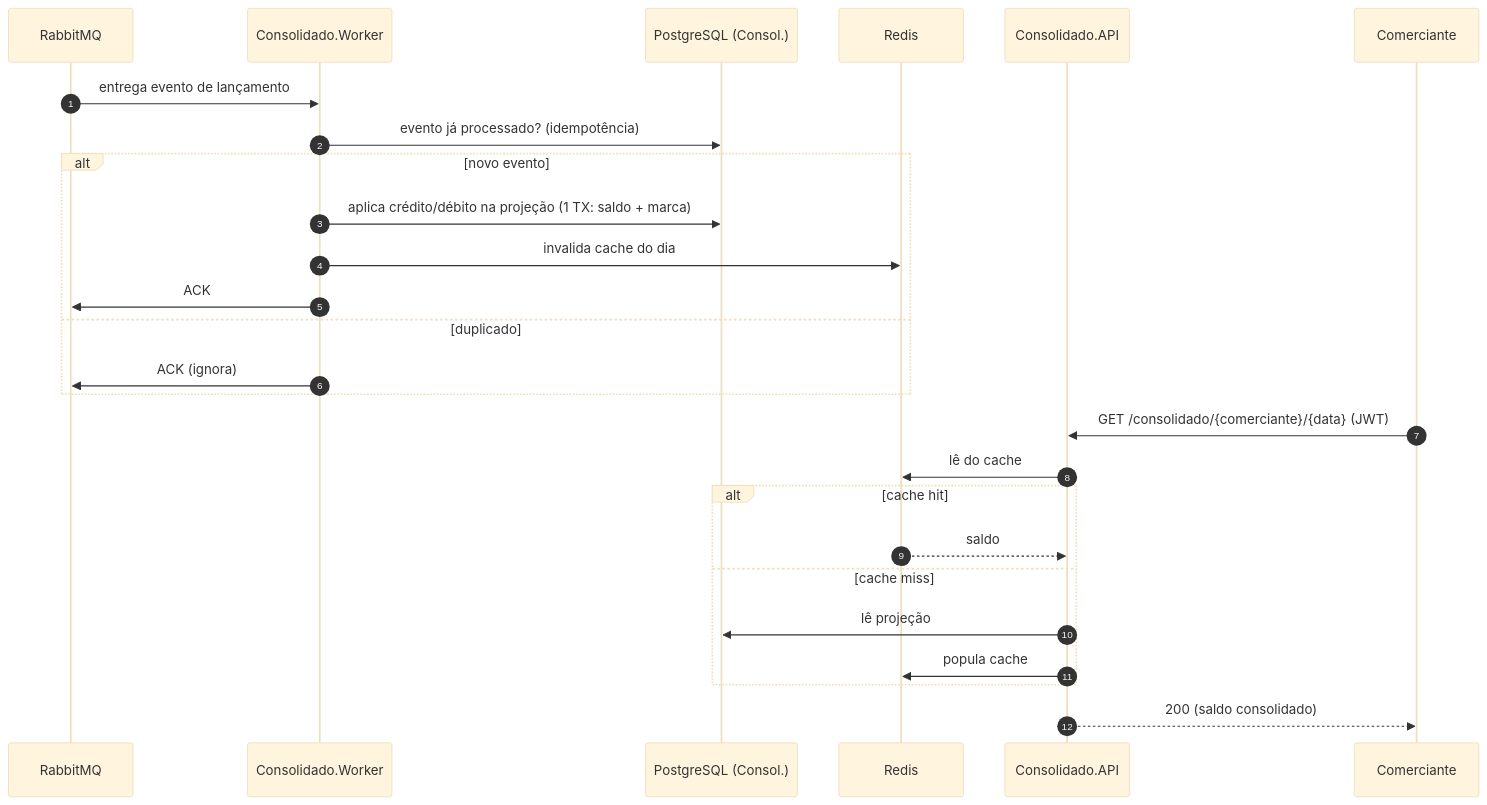
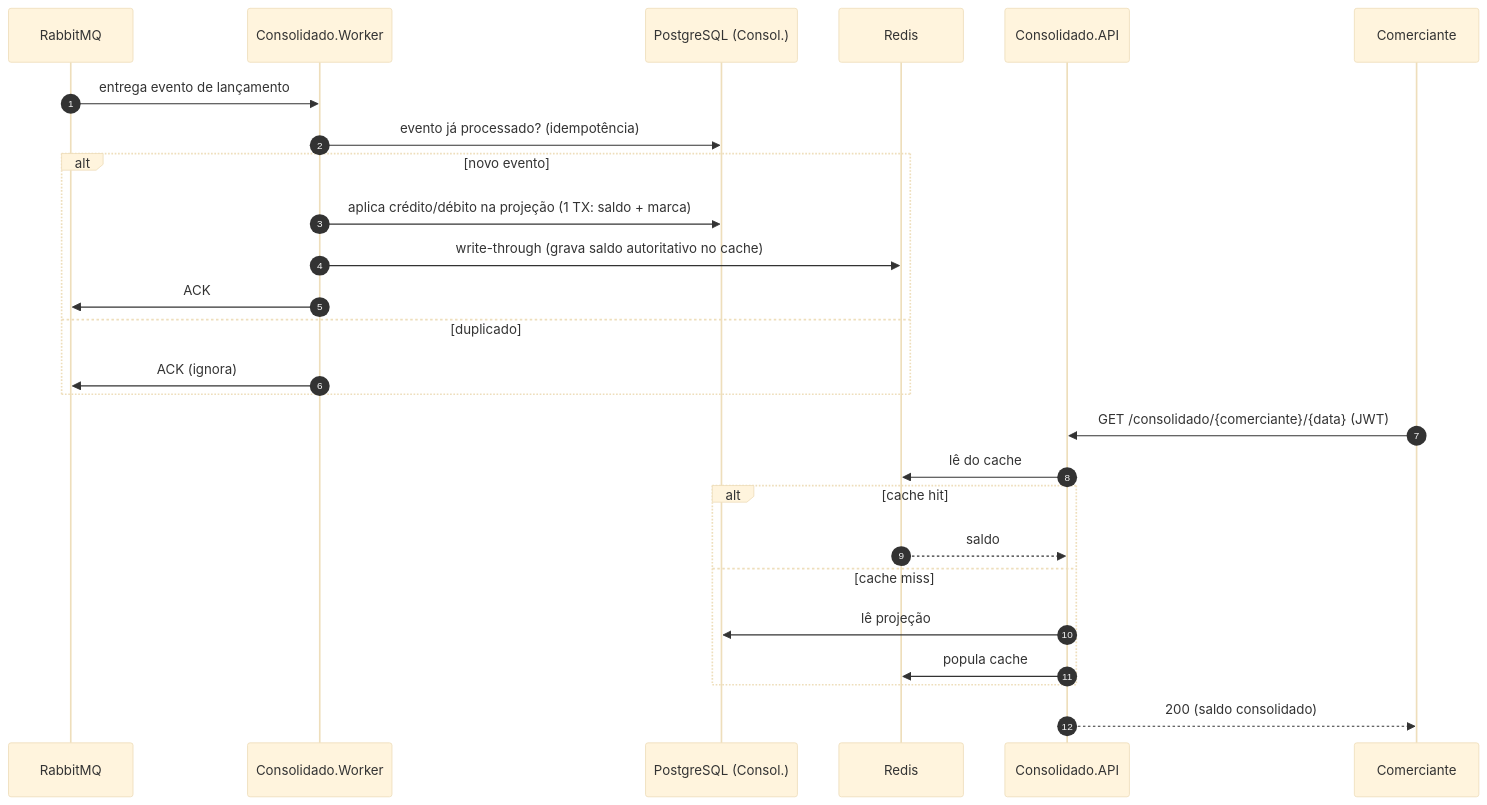
The fifth of 6 diagrams in docs/architecture.md (codingwithrenato/desafio-arquiteto-fluxo-de-caixa), drawn with Mermaid (base theme) before and after one commit. The commit also changed 16 other files, not shown here.

First line of the commit message:
fix(resiliência): gate de readiness do Postgres, topologia central e cache write-through

````diff
--- a/docs/architecture.md
+++ b/docs/architecture.md
@@ -145,30 +145,30 @@
 ```mermaid
 sequenceDiagram
     autonumber
     participant MQ as RabbitMQ
     participant W as Consolidado.Worker
     participant DB as PostgreSQL (Consol.)
     participant R as Redis
     participant API as Consolidado.API
     participant C as Comerciante
 
     MQ->>W: entrega evento de lançamento
     W->>DB: evento já processado? (idempotência)
     alt novo evento
         W->>DB: aplica crédito/débito na projeção (1 TX: saldo + marca)
-        W->>R: invalida cache do dia
+        W->>R: write-through (grava saldo autoritativo no cache)
         W->>MQ: ACK
     else duplicado
         W->>MQ: ACK (ignora)
     end
 
     C->>API: GET /consolidado/{comerciante}/{data} (JWT)
     API->>R: lê do cache
     alt cache hit
         R-->>API: saldo
     else cache miss
         API->>DB: lê projeção
         API->>R: popula cache
     end
     API-->>C: 200 (saldo consolidado)
 ```
````
